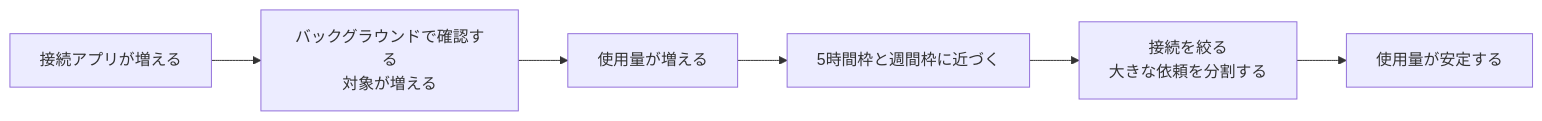
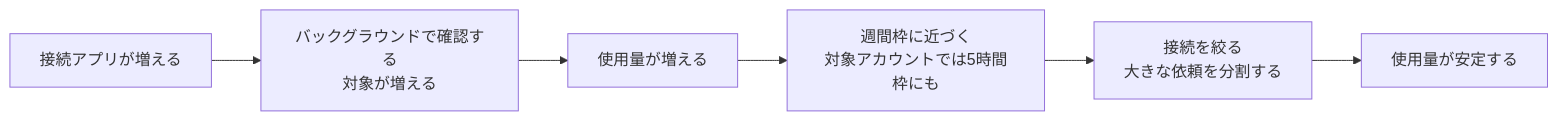
Diagram 11 of 13 in Claude-duet-best-practices-guide.md (myoshi2891/Comparison-of-LLMs), drawn with Mermaid before and after one commit.

Commit message:
docs(claude): sync Duet usage limit flowchart with weekly and session limits

````diff
--- a/Claude-duet-best-practices-guide.md
+++ b/Claude-duet-best-practices-guide.md
@@ -654,8 +654,8 @@
 ```mermaid
 flowchart LR
   A["接続アプリが増える"] --> B["バックグラウンドで確認する<br/>対象が増える"]
   B --> C["使用量が増える"]
-  C --> D["5時間枠と週間枠に近づく"]
+  C --> D["週間枠に近づく<br/>対象アカウントでは5時間枠にも"]
   D --> E["接続を絞る<br/>大きな依頼を分割する"]
   E --> F["使用量が安定する"]
 ```
````
